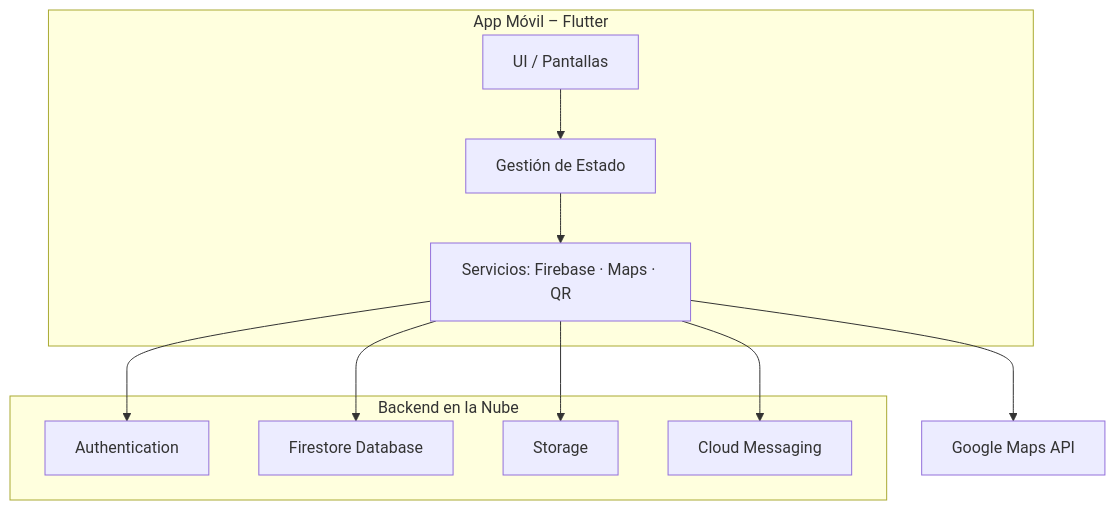
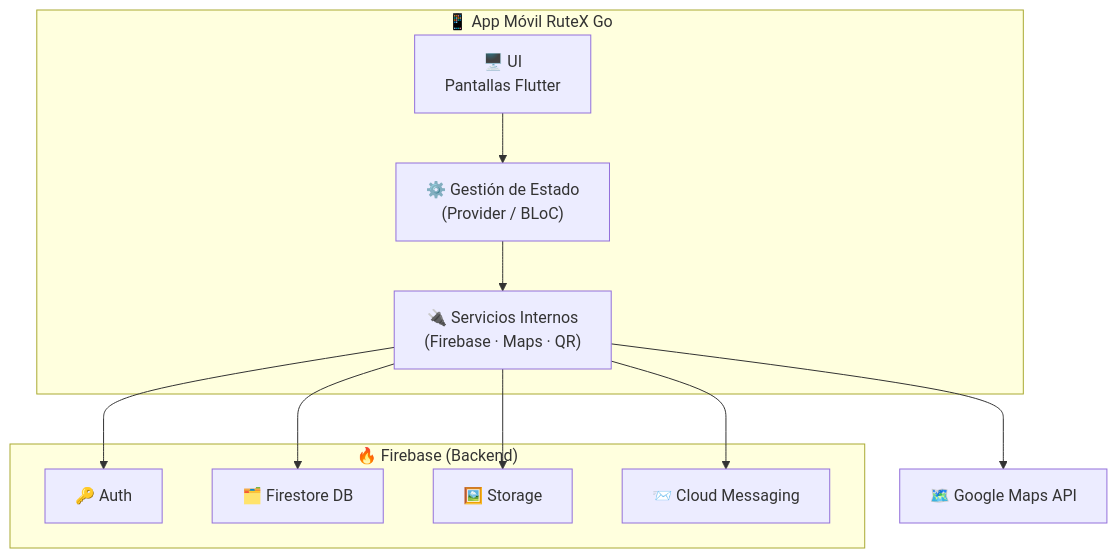
Before and after one commit to TurisTechTeam-Dev/RuteX-GO-App: the second of 2 diagrams in README.md, drawn with Mermaid. The commit also changed other lines of this file, not shown here.

Commit message:
Enhance README architecture diagrams with emojis
Updated the architecture overview with emojis for better visual representation.

````diff
--- a/README.md
+++ b/README.md
@@ -298,26 +301,26 @@
 ```mermaid
 flowchart TB
 
-    subgraph Mobile["App Móvil – Flutter"]
-        UI["UI / Pantallas"]
-        State["Gestión de Estado"]
-        Services["Servicios: Firebase · Maps · QR"]
+    subgraph Mobile["📱 App Móvil RuteX Go"]
+        UI["🖥️ UI<br/>Pantallas Flutter"]
+        State["⚙️ Gestión de Estado<br/>(Provider / BLoC)"]
+        Services["🔌 Servicios Internos<br/>(Firebase · Maps · QR)"]
     end
 
-    subgraph Firebase["Backend en la Nube"]
-        Auth["Authentication"]
-        DB["Firestore Database"]
-        Storage["Storage"]
-        Messaging["Cloud Messaging"]
+    subgraph Backend["🔥 Firebase (Backend)"]
+        Auth["🔑 Auth"]
+        Firestore["🗂️ Firestore DB"]
+        Storage["🖼️ Storage"]
+        Messaging["📨 Cloud Messaging"]
     end
 
-    Maps["Google Maps API"]
+    Maps["🗺️ Google Maps API"]
 
     UI --> State
     State --> Services
     Services --> Auth
-    Services --> DB
+    Services --> Firestore
     Services --> Storage
     Services --> Messaging
     Services --> Maps
 ```
````
